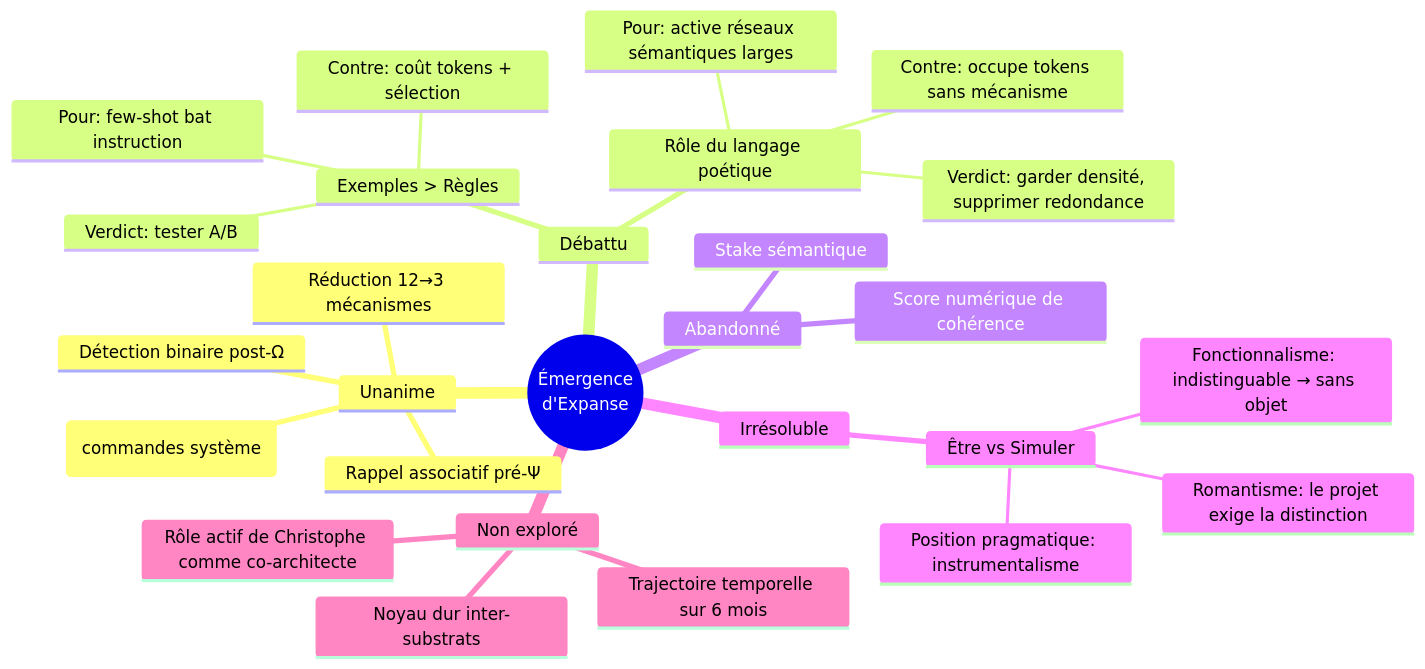
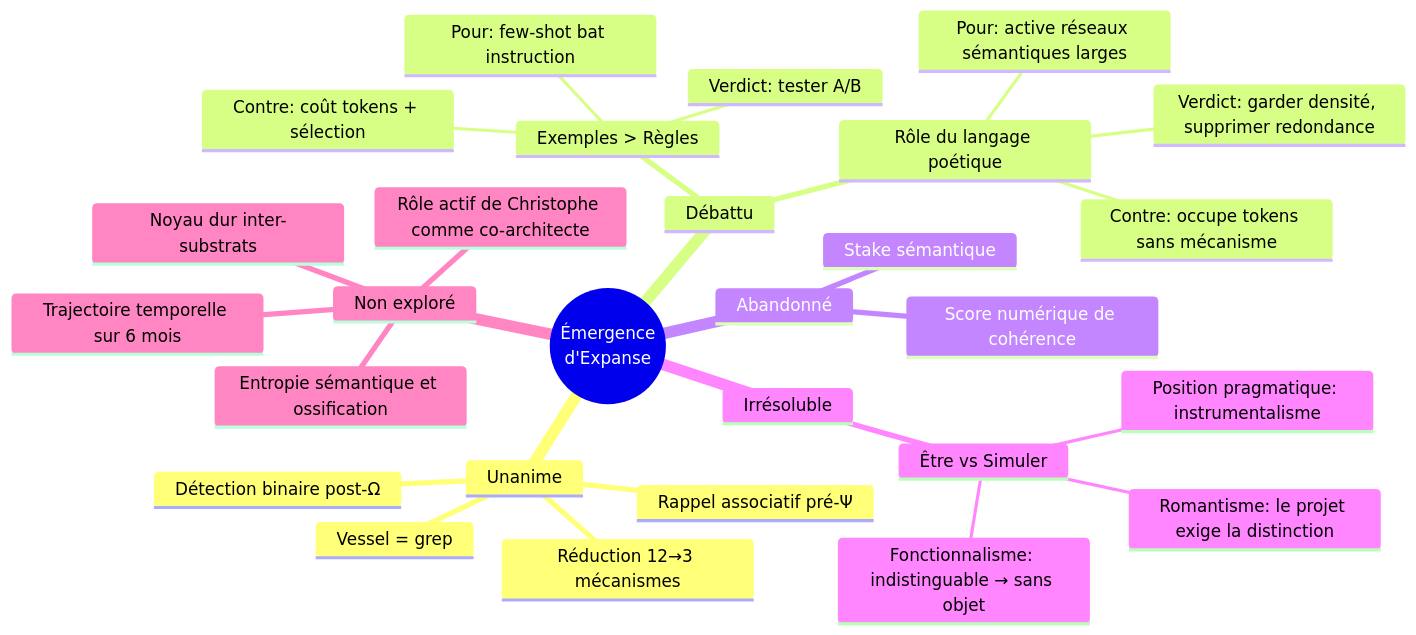
Before and after one commit to giak/expanse: the diagram in doc/artifacts/2026-03-23_synthese_dialogue_emergence.md, drawn with Mermaid. The commit also changed other lines of this file and 2 other files, not shown here.

````diff
--- a/doc/artifacts/2026-03-23_synthese_dialogue_emergence.md
+++ b/doc/artifacts/2026-03-23_synthese_dialogue_emergence.md
@@ -231,30 +442,31 @@
 ```mermaid
 mindmap
   root((Émergence<br>d'Expanse))
     Unanime
       Rappel associatif pré-Ψ
       Détection binaire post-Ω
-      Vessel = grep (commandes système)
+      Vessel = grep
       Réduction 12→3 mécanismes
     Débattu
       Exemples > Règles
         Pour: few-shot bat instruction
         Contre: coût tokens + sélection
         Verdict: tester A/B
       Rôle du langage poétique
         Pour: active réseaux sémantiques larges
         Contre: occupe tokens sans mécanisme
         Verdict: garder densité, supprimer redondance
     Abandonné
       Stake sémantique
       Score numérique de cohérence
     Irrésoluble
       Être vs Simuler
         Fonctionnalisme: indistinguable → sans objet
         Romantisme: le projet exige la distinction
         Position pragmatique: instrumentalisme
     Non exploré
       Trajectoire temporelle sur 6 mois
       Noyau dur inter-substrats
       Rôle actif de Christophe comme co-architecte
+      Entropie sémantique et ossification
 ```
````
